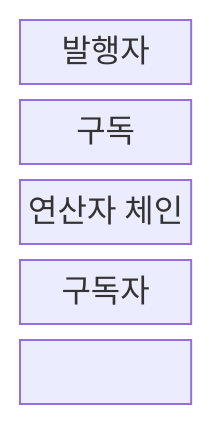
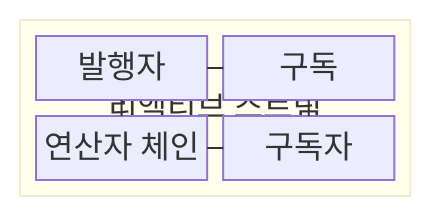
The first of 2 diagrams in src/content/docs/notes/03-software/027_reactive_programming.md (agnusdei1207/knowledge-base), drawn with Mermaid before and after one commit. The commit also changed other lines of this file and 20 other files, not shown here.

````diff
--- a/src/content/docs/notes/03-software/027_reactive_programming.md
+++ b/src/content/docs/notes/03-software/027_reactive_programming.md
@@ -66,10 +67,15 @@
 ```mermaid
-block-beta
-  columns 1
-  P["발행자"]
-  U["구독"]
-  O["연산자 체인"]
-  C["구독자"]
-  P --- U --- C
-  P --- O --- C
+block
+    columns 1
+    block:STREAM["리액티브 스트림"]
+        columns 2
+        P["발행자"]
+        U["구독"]
+        O["연산자 체인"]
+        C["구독자"]
+    end
+    P --- U
+    U --- C
+    P --- O
+    O --- C
 ```
````
